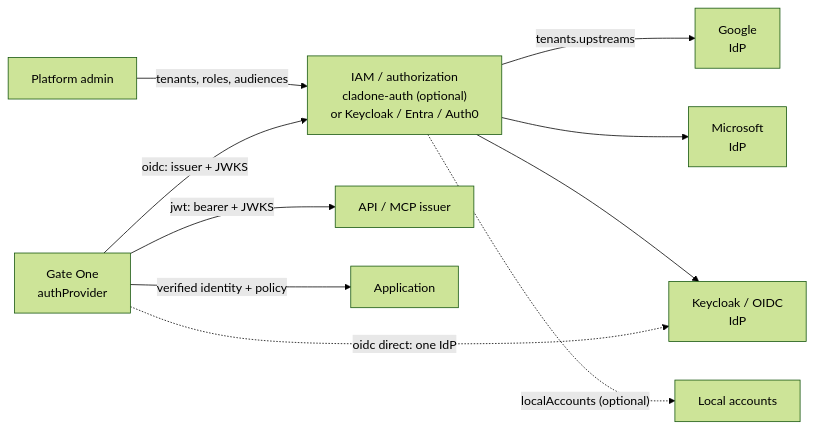
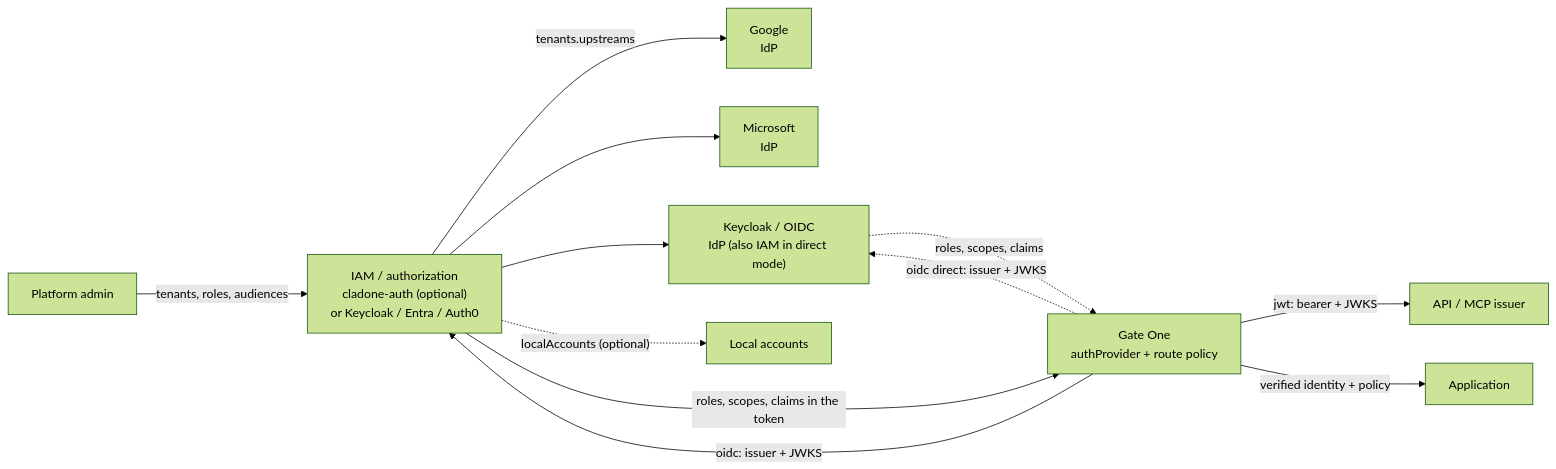
One commit to clad-one/gate-one-doc changed the first of 3 diagrams in content/en/docs/iam-and-providers.md. Above: the diagram before and after it, drawn with Mermaid (forest theme). The commit also changed other lines of this file, not shown here.

First line of the commit message:
docs: align IAM page with broker users and claim mappings

````diff
--- a/content/en/docs/iam-and-providers.md
+++ b/content/en/docs/iam-and-providers.md
@@ -27,12 +31,14 @@
 ```mermaid
 flowchart LR
   ADMIN["Platform admin"] -->|"tenants, roles, audiences"| IAM["IAM / authorization<br/>cladone-auth (optional)<br/>or Keycloak / Entra / Auth0"]
   IAM -->|"tenants.upstreams"| GOOGLE["Google<br/>IdP"]
   IAM --> MICROSOFT["Microsoft<br/>IdP"]
-  IAM --> KEYCLOAK["Keycloak / OIDC<br/>IdP"]
+  IAM --> KEYCLOAK["Keycloak / OIDC<br/>IdP (also IAM in direct mode)"]
   IAM -.->|"localAccounts (optional)"| LOCAL["Local accounts"]
-  GO["Gate One<br/>authProvider"] -->|"oidc: issuer + JWKS"| IAM
-  GO -.->|"oidc direct: one IdP"| KEYCLOAK
+  GO["Gate One<br/>authProvider + route policy"] -->|"oidc: issuer + JWKS"| IAM
+  GO -.->|"oidc direct: issuer + JWKS"| KEYCLOAK
   GO -->|"jwt: bearer + JWKS"| API["API / MCP issuer"]
+  IAM -->|"roles, scopes, claims in the token"| GO
+  KEYCLOAK -.->|"roles, scopes, claims"| GO
   GO -->|"verified identity + policy"| APP["Application"]
 ```
````
